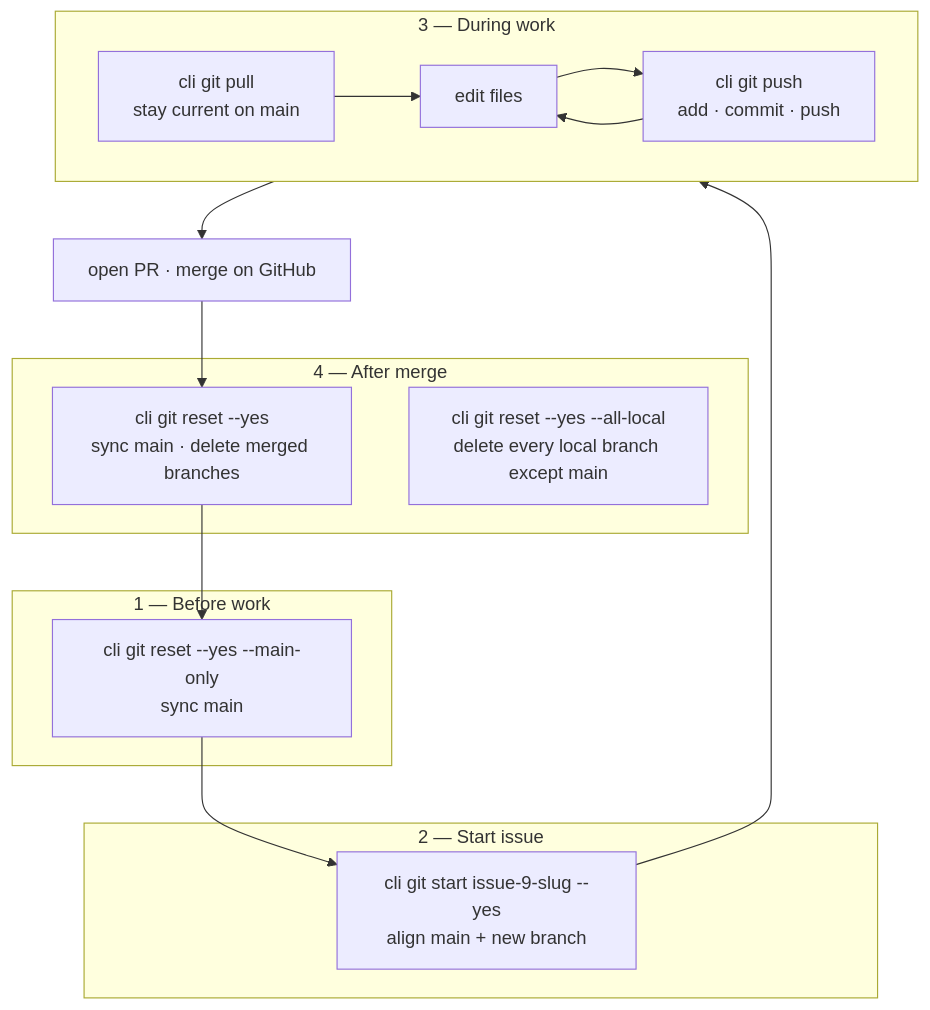
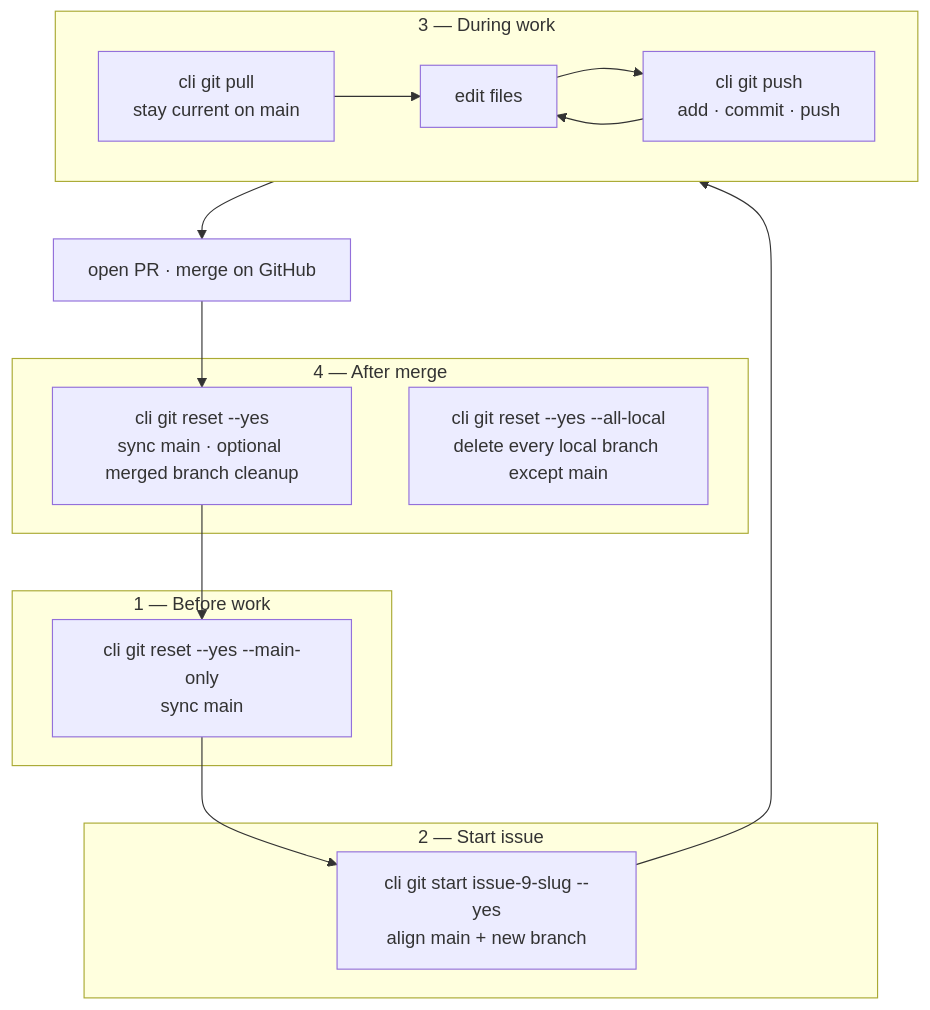
The first of 7 diagrams in docs/workflows.md (gardusig/cli), drawn with Mermaid before and after one commit. The commit also changed other lines of this file and 286 other files, not shown here.

````diff
--- a/docs/workflows.md
+++ b/docs/workflows.md
@@ -7,29 +7,29 @@
 ```mermaid
 flowchart TD
     subgraph before [1 — Before work]
         P["cli git reset --yes --main-only<br/>sync main"]
     end
 
     subgraph start [2 — Start issue]
         K["cli git start issue-9-slug --yes<br/>align main + new branch"]
     end
 
     subgraph loop [3 — During work]
         D["edit files"]
         S["cli git push<br/>add · commit · push"]
         Y["cli git pull<br/>stay current on main"]
         D --> S
         S --> D
         Y --> D
     end
 
     subgraph after [4 — After merge]
-        L["cli git reset --yes<br/>sync main · delete merged branches"]
+        L["cli git reset --yes<br/>sync main · optional merged branch cleanup"]
         L2["cli git reset --yes --all-local<br/>delete every local branch except main"]
     end
 
     P --> K --> loop
     loop --> PR["open PR · merge on GitHub"]
     PR --> L
     L --> P
 ```
````
